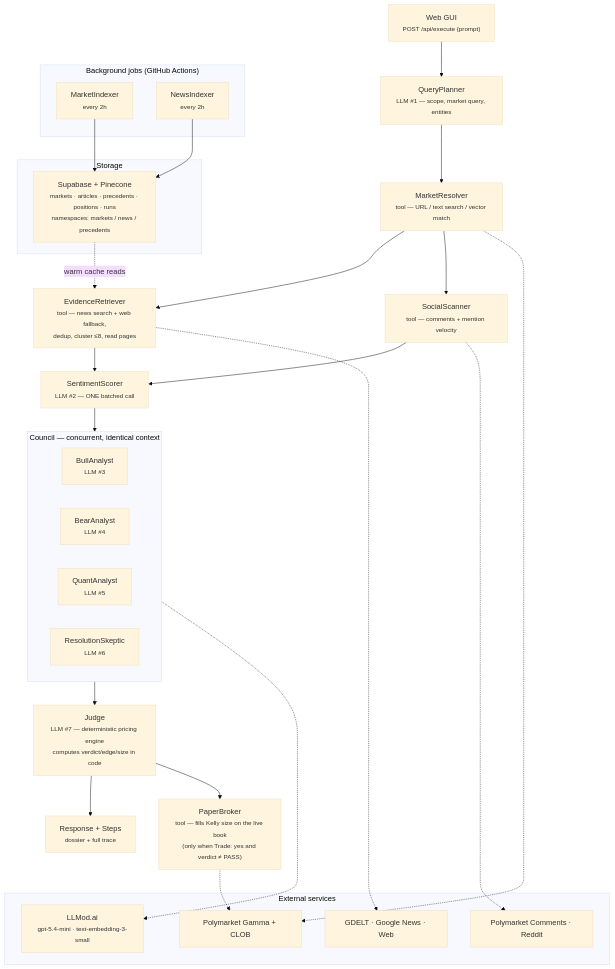
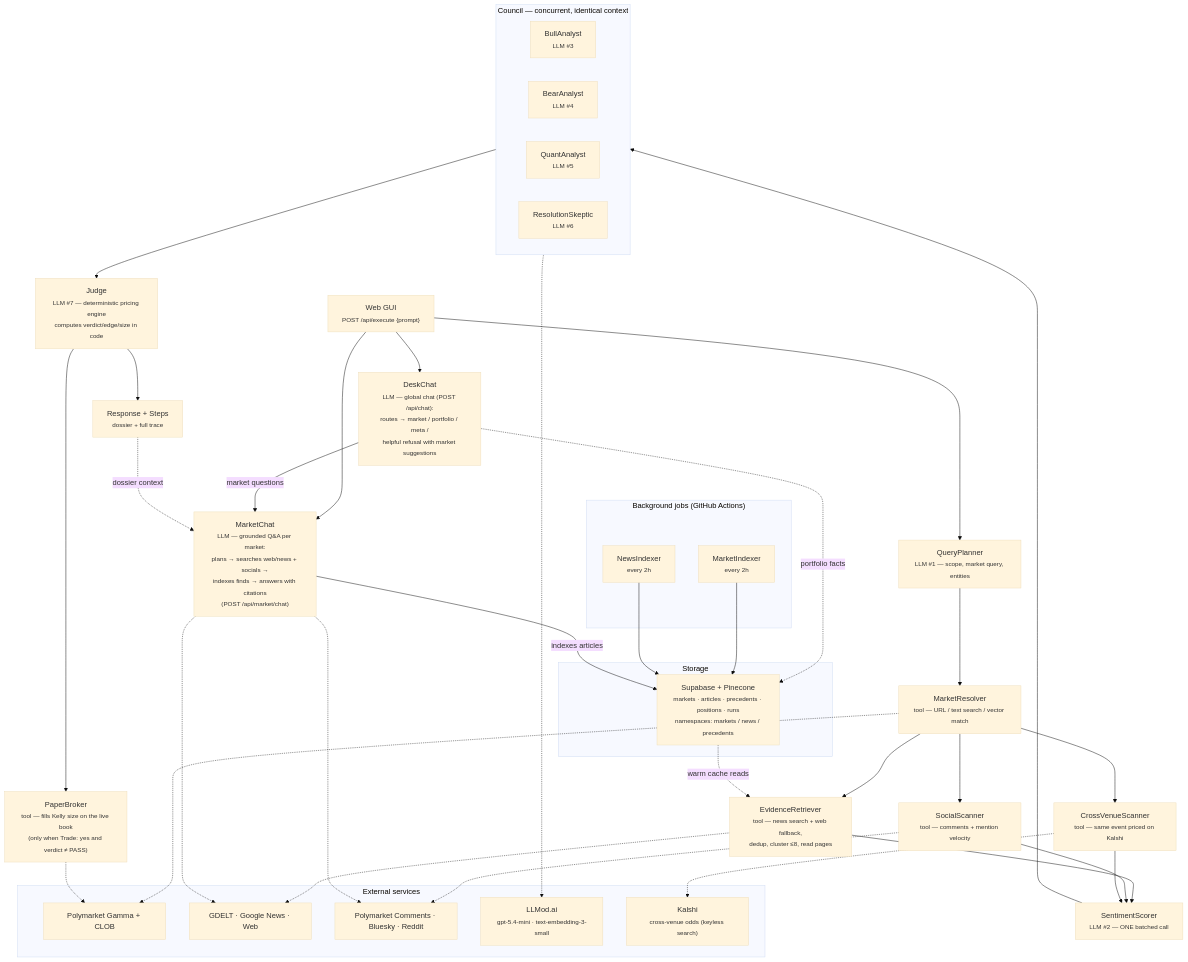
Before and after one commit to Dekel-E/polymarkov: the diagram in docs/ARCHITECTURE.md, drawn with Mermaid (base theme). The commit also changed other lines of this file and 67 other files, not shown here.

````diff
--- a/docs/ARCHITECTURE.md
+++ b/docs/ARCHITECTURE.md
@@ -7,56 +7,72 @@
 ```mermaid
 flowchart TB
     GUI["Web GUI<br/><small>POST /api/execute {prompt}</small>"]
 
     QP["QueryPlanner<br/><small>LLM #1 — scope, market query, entities</small>"]
     MR["MarketResolver<br/><small>tool — URL / text search / vector match</small>"]
     ER["EvidenceRetriever<br/><small>tool — news search + web fallback,<br/>dedup, cluster ≤8, read pages</small>"]
     SS["SocialScanner<br/><small>tool — comments + mention velocity</small>"]
+    CVS["CrossVenueScanner<br/><small>tool — same event priced on Kalshi</small>"]
     SC["SentimentScorer<br/><small>LLM #2 — ONE batched call</small>"]
 
     subgraph COUNCIL["Council — concurrent, identical context"]
         BULL["BullAnalyst<br/><small>LLM #3</small>"]
         BEAR["BearAnalyst<br/><small>LLM #4</small>"]
         QUANT["QuantAnalyst<br/><small>LLM #5</small>"]
         SKEP["ResolutionSkeptic<br/><small>LLM #6</small>"]
     end
 
     JUDGE["Judge<br/><small>LLM #7 — deterministic pricing engine<br/>computes verdict/edge/size in code</small>"]
     OUT["Response + Steps<br/><small>dossier + full trace</small>"]
     PB["PaperBroker<br/><small>tool — fills Kelly size on the live book<br/>(only when Trade: yes and verdict ≠ PASS)</small>"]
 
+    CHAT["MarketChat<br/><small>LLM — grounded Q&A per market:<br/>plans → searches web/news + socials →<br/>indexes finds → answers with citations<br/>(POST /api/market/chat)</small>"]
+    DESKCHAT["DeskChat<br/><small>LLM — global chat (POST /api/chat):<br/>routes → market / portfolio / meta /<br/>helpful refusal with market suggestions</small>"]
+
     GUI --> QP --> MR
     MR --> ER
     MR --> SS
+    MR --> CVS
     ER --> SC
     SS --> SC
+    CVS --> SC
     SC --> COUNCIL --> JUDGE
     JUDGE --> OUT
     JUDGE --> PB
+    GUI --> CHAT
+    GUI --> DESKCHAT
+    DESKCHAT -->|market questions| CHAT
+    OUT -.->|dossier context| CHAT
 
     subgraph EXT["External services"]
         GAMMA["Polymarket Gamma + CLOB"]
         NEWS["GDELT · Google News · Web"]
-        SOCIAL["Polymarket Comments · Reddit"]
+        SOCIAL["Polymarket Comments · Bluesky · Reddit"]
         LLMOD["LLMod.ai<br/><small>gpt-5.4-mini · text-embedding-3-small</small>"]
+        KALSHI["Kalshi<br/><small>cross-venue odds (keyless search)</small>"]
     end
 
     MR -.-> GAMMA
     ER -.-> NEWS
     SS -.-> SOCIAL
     PB -.-> GAMMA
     COUNCIL -.-> LLMOD
+    CHAT -.-> NEWS
+    CHAT -.-> SOCIAL
+    CVS -.-> KALSHI
+    DESKCHAT -.->|portfolio facts| DB
 
     subgraph STORE["Storage"]
         DB["Supabase + Pinecone<br/><small>markets · articles · precedents · positions · runs<br/>namespaces: markets / news / precedents</small>"]
     end
 
     subgraph CRON["Background jobs (GitHub Actions)"]
         MI["MarketIndexer<br/><small>every 2h</small>"]
         NI["NewsIndexer<br/><small>every 2h</small>"]
     end
 
     MI --> DB
     NI --> DB
     DB -.->|warm cache reads| ER
+    CHAT -->|indexes articles| DB
 ```
````
